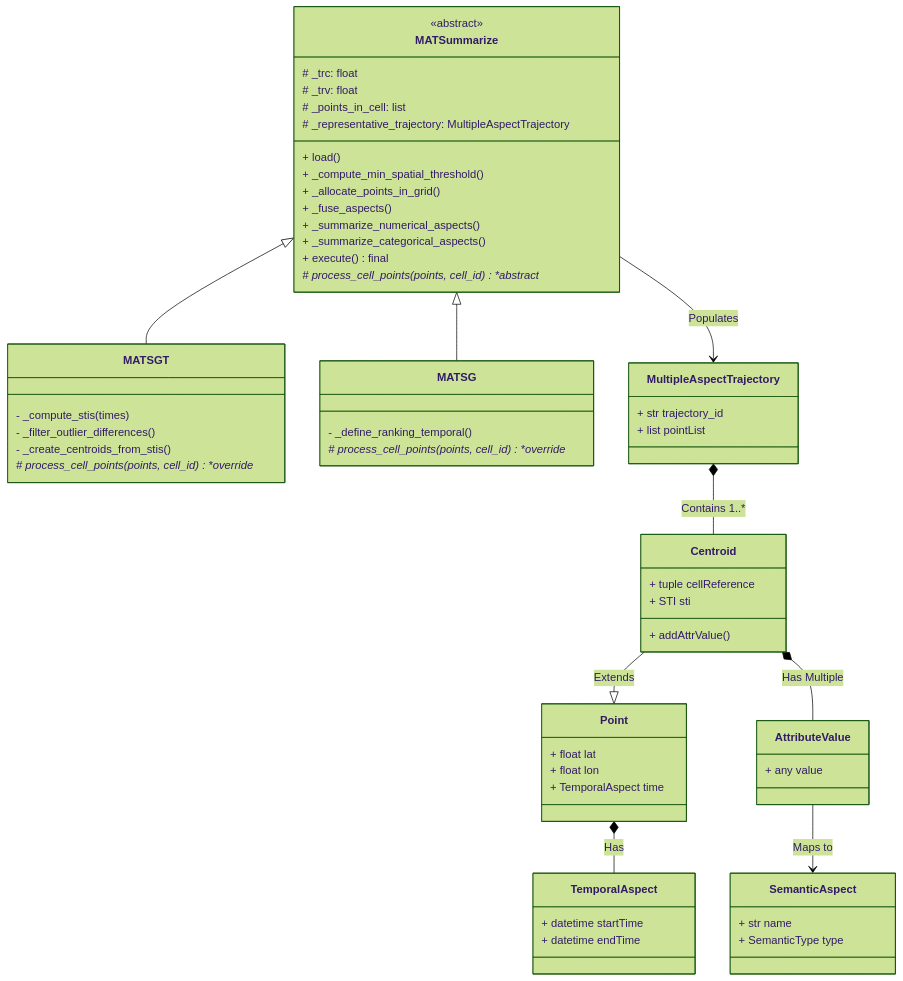
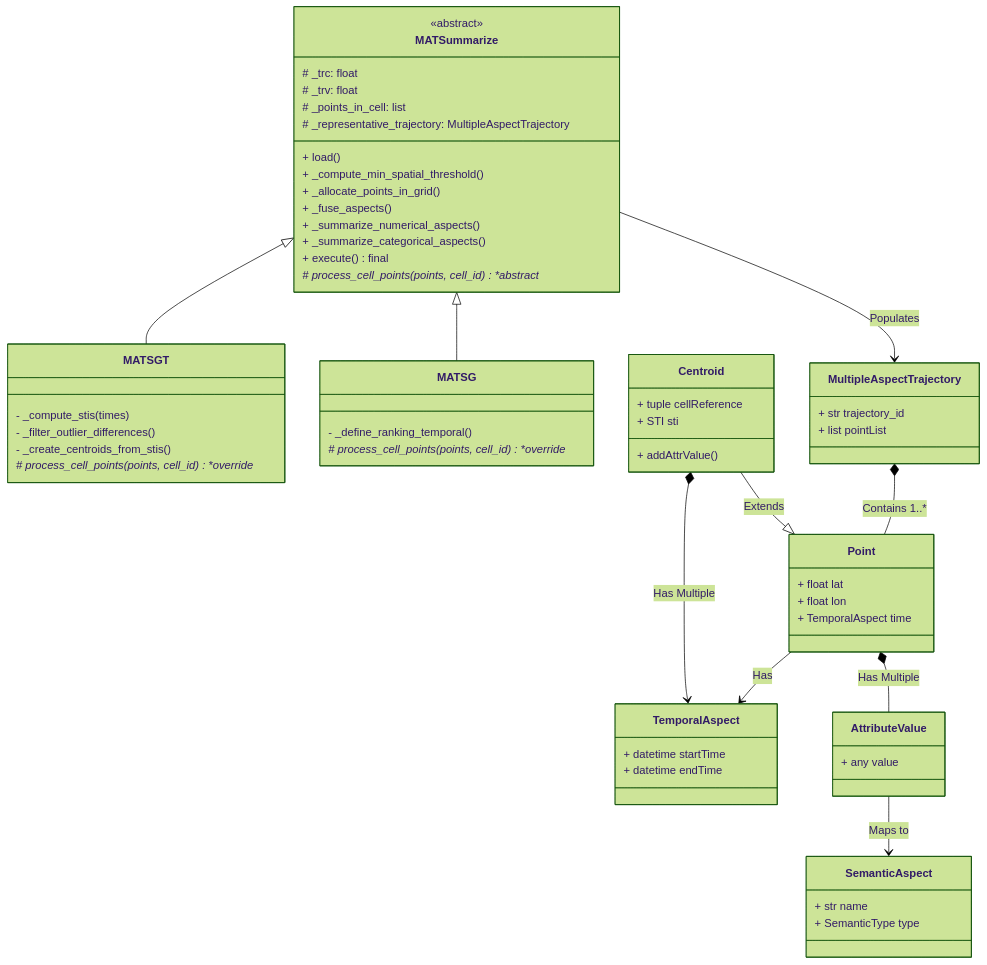
One commit to RepresentantativeMAT/mat-summarization changed the diagram in README.md. Above: the diagram before and after it, drawn with Mermaid (forest theme). The commit also changed other lines of this file, not shown here.

Commit message:
Revise README for accuracy and funding details
Updated README with corrections and additional funding information.

````diff
--- a/README.md
+++ b/README.md
@@ -26,74 +26,75 @@
 ```mermaid
 classDiagram
     %% Core Algorithms (Method)
     class MATSummarize {
         <<abstract>>
         # _trc: float
         # _trv: float
         # _points_in_cell: list
         # _representative_trajectory: MultipleAspectTrajectory
         + load()
         + _compute_min_spatial_threshold()
         + _allocate_points_in_grid()
         + _fuse_aspects()
         + _summarize_numerical_aspects()
         + _summarize_categorical_aspects()
         + execute() final
         # process_cell_points(points, cell_id) *abstract*
     }
 
     class MATSGT {
         - _compute_stis(times)
         - _filter_outlier_differences()
         - _create_centroids_from_stis()
         # process_cell_points(points, cell_id) *override*
     }
 
     class MATSG {
         - _define_ranking_temporal()
         # process_cell_points(points, cell_id) *override*
     }
 
     %% Data Enitites (Model)
     class MultipleAspectTrajectory {
         + str trajectory_id
         + list pointList
     }
 
     class Centroid {
         + tuple cellReference
         + STI sti
         + addAttrValue()
     }
 
     class Point {
         + float lat
         + float lon
         + TemporalAspect time
     }
     
     class TemporalAspect {
         + datetime startTime
         + datetime endTime
     }
 
     class AttributeValue {
         + any value
     }
 
     class SemanticAspect {
         + str name
         + SemanticType type
     }
 
     %% Inheritances and Relationships
     MATSummarize <|-- MATSGT
     MATSummarize <|-- MATSG
     
     MATSummarize --> MultipleAspectTrajectory : Populates
-    MultipleAspectTrajectory *-- Centroid : Contains 1..*
+    MultipleAspectTrajectory *-- Point : Contains 1..*
     Centroid --|> Point : Extends
-    Point *-- TemporalAspect : Has
-    Centroid *-- AttributeValue : Has Multiple
+    Point --> TemporalAspect : Has
+    Centroid *--> TemporalAspect : Has Multiple
+    Point *-- AttributeValue : Has Multiple
     AttributeValue --> SemanticAspect : Maps to
 ```
````
